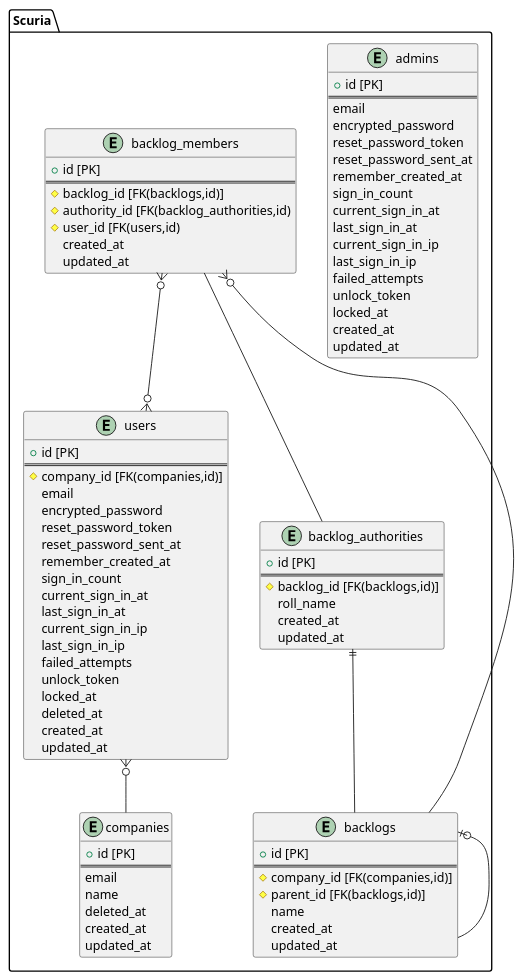
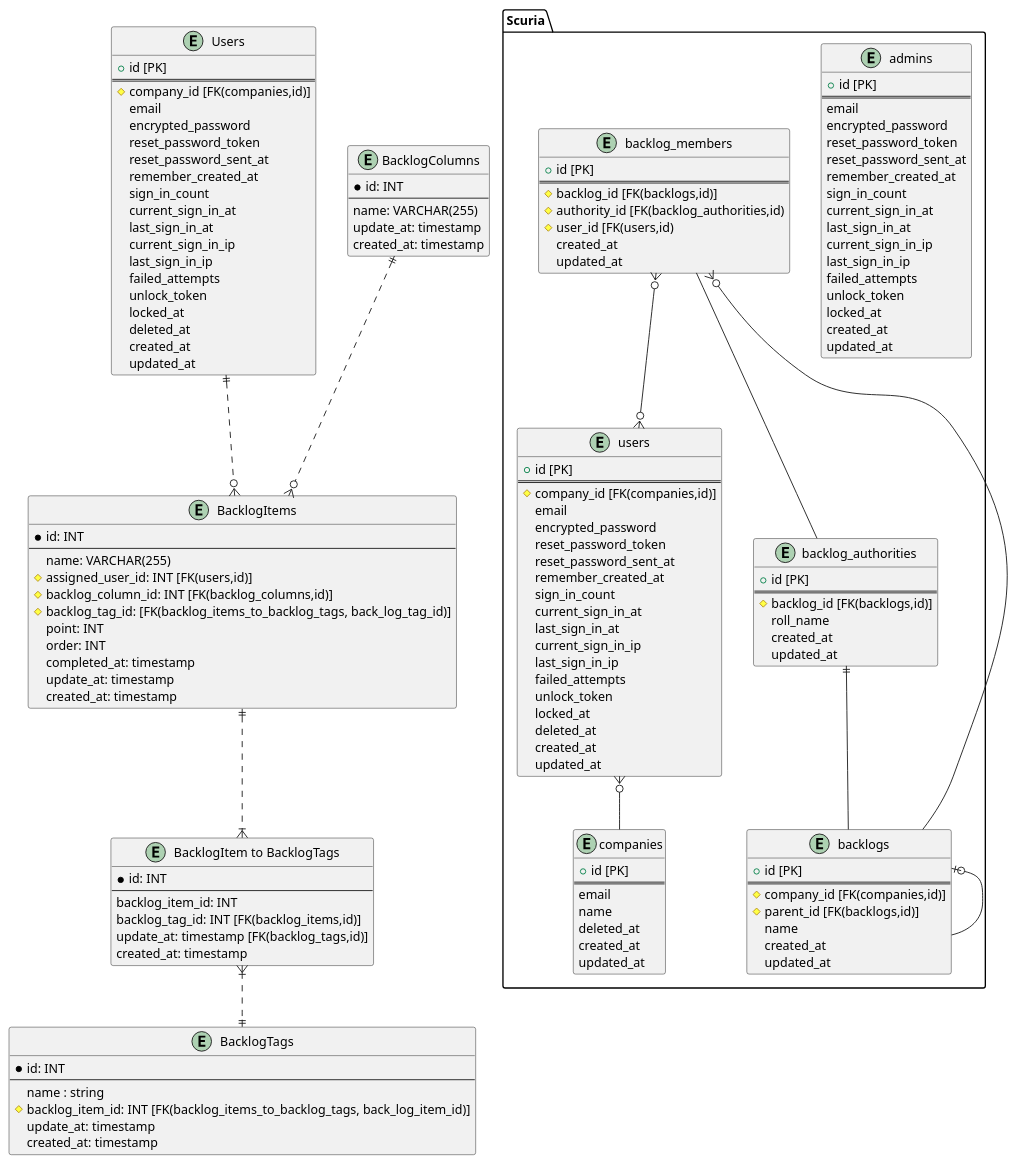
The diagram in docs/er.pu (slill33/Scuria), drawn with PlantUML before and after one commit.

```diff
--- a/docs/er.pu
+++ b/docs/er.pu
@@ -1,92 +1,164 @@
 @startuml 
 package "Scuria" {
   entity "users" {
     + id [PK]
     ==
     # company_id [FK(companies,id)]
     email
     encrypted_password
     reset_password_token
     reset_password_sent_at
     remember_created_at
     sign_in_count
     current_sign_in_at
     last_sign_in_at
     current_sign_in_ip
     last_sign_in_ip
     failed_attempts
     unlock_token
     locked_at
     deleted_at
     created_at
     updated_at
   }
   entity "admins" {
     + id [PK]
     ==
     email
     encrypted_password
     reset_password_token
     reset_password_sent_at
     remember_created_at
     sign_in_count
     current_sign_in_at
     last_sign_in_at
     current_sign_in_ip
     last_sign_in_ip
     failed_attempts
     unlock_token
     locked_at
     created_at
     updated_at
   }
   entity "companies" {
     + id [PK]
     ==
     email
     name
     deleted_at
     created_at
     updated_at
   }
   entity "backlog_authorities" {
     + id [PK]
     ==
     # backlog_id [FK(backlogs,id)]
     roll_name
     created_at
     updated_at
   }
   entity "backlogs" {
     + id [PK]
     ==
     # company_id [FK(companies,id)]
     # parent_id [FK(backlogs,id)] 
     name
     created_at
     updated_at 
   }
 
   entity "backlog_members" {
     + id [PK]
     ==
     # backlog_id [FK(backlogs,id)]
     # authority_id [FK(backlog_authorities,id)
     # user_id [FK(users,id) 
     created_at
     updated_at
   }
 
 
   users }o-- companies
   backlog_authorities ||-- backlogs
   backlogs |o-- backlogs
   backlog_members }o-- backlogs
   backlog_members -- backlog_authorities
   backlog_members }o--o{ users
 
 
 
 }
 
+
+entity "Users" as u {
+    + id [PK]
+    ==
+    # company_id [FK(companies,id)]
+    email
+    encrypted_password
+    reset_password_token
+    reset_password_sent_at
+    remember_created_at
+    sign_in_count
+    current_sign_in_at
+    last_sign_in_at
+    current_sign_in_ip
+    last_sign_in_ip
+    failed_attempts
+    unlock_token
+    locked_at
+    deleted_at
+    created_at
+    updated_at
+}
+
+entity "BacklogColumns" as backlog_columns {
+    *id: INT
+    --
+    name: VARCHAR(255)
+    update_at: timestamp
+    created_at: timestamp
+}
+
+
+entity "BacklogItems" as backlog_items {
+    *id: INT
+    --
+    name: VARCHAR(255)
+    # assigned_user_id: INT [FK(users,id)]
+    # backlog_column_id: INT [FK(backlog_columns,id)]
+    # backlog_tag_id: [FK(backlog_items_to_backlog_tags, back_log_tag_id)]
+    point: INT
+    order: INT
+    completed_at: timestamp
+    update_at: timestamp
+    created_at: timestamp
+}
+
+entity "BacklogItem to BacklogTags" as backlog_items_to_backlog_tags {
+    *id: INT
+    --
+    backlog_item_id: INT
+    backlog_tag_id: INT [FK(backlog_items,id)]
+    update_at: timestamp [FK(backlog_tags,id)]
+    created_at: timestamp
+}
+
+entity "BacklogTags" as backlog_tags {
+    *id: INT
+    --
+    name : string
+    # backlog_item_id: INT [FK(backlog_items_to_backlog_tags, back_log_item_id)]
+    update_at: timestamp
+    created_at: timestamp
+}
+
+
+
+u ||..o{ backlog_items
+
+backlog_columns ||..o{ backlog_items
+backlog_items ||..|{ backlog_items_to_backlog_tags
+backlog_items_to_backlog_tags }|..||backlog_tags
+
 @enduml
```
